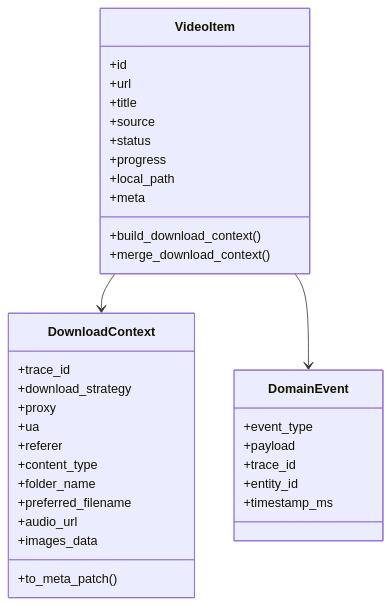
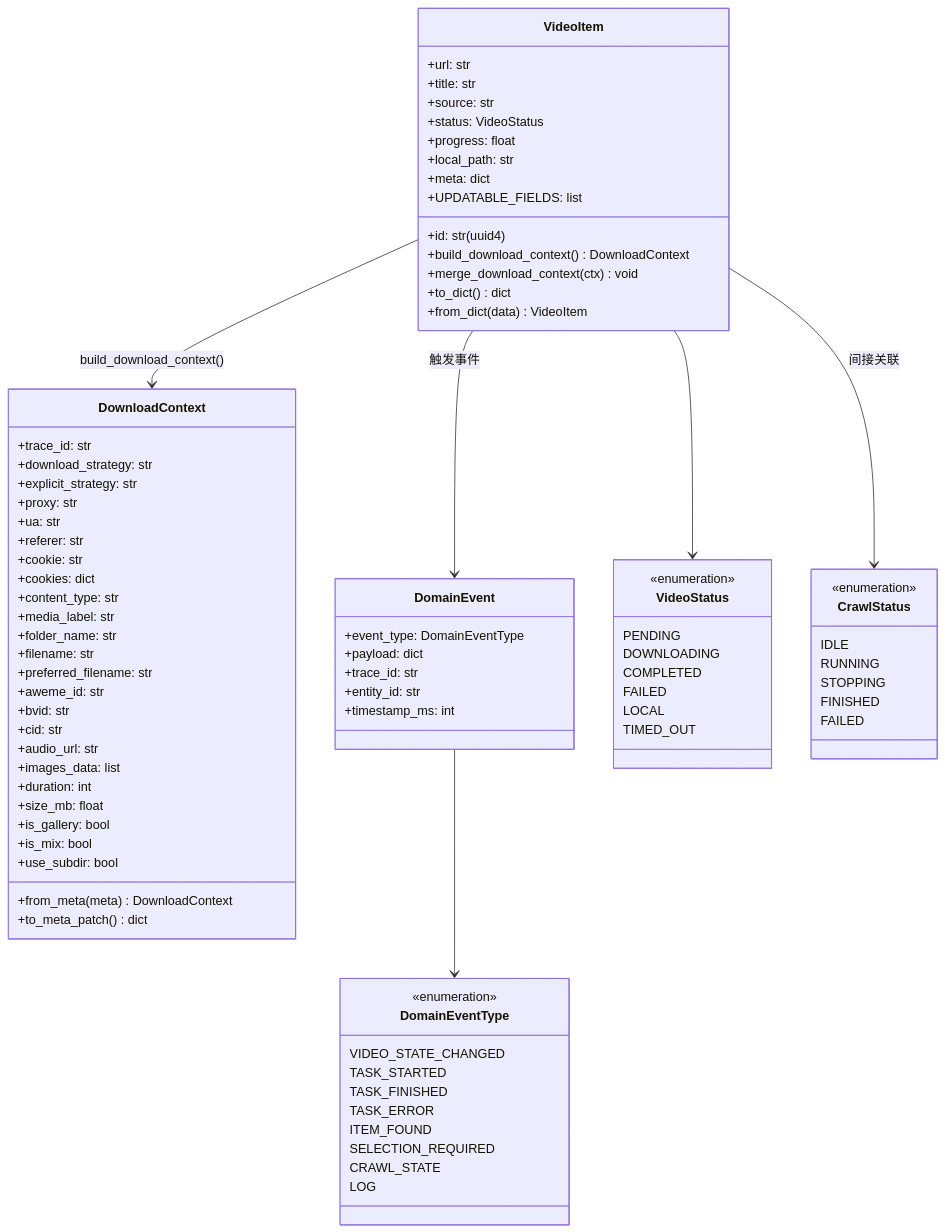
Before and after one commit to haohaizi554/UniversalCrawler: the first of 5 diagrams in mermaid/08-data-models-and-context.md, drawn with Mermaid. The commit also changed other lines of this file and 78 other files, not shown here.

Commit message:
Sync local workspace: packaging adaptation, frontend hardening, and architecture review.

````diff
--- a/mermaid/08-data-models-and-context.md
+++ b/mermaid/08-data-models-and-context.md
@@ -5,40 +5,91 @@
 ```mermaid
 classDiagram
     class VideoItem {
-      +id
-      +url
-      +title
-      +source
-      +status
-      +progress
-      +local_path
-      +meta
-      +build_download_context()
-      +merge_download_context()
+        +id: str (uuid4)
+        +url: str
+        +title: str
+        +source: str
+        +status: VideoStatus
+        +progress: float
+        +local_path: str
+        +meta: dict
+        +UPDATABLE_FIELDS: list
+        +build_download_context() DownloadContext
+        +merge_download_context(ctx) void
+        +to_dict() dict
+        +from_dict(data) VideoItem
     }
 
     class DownloadContext {
-      +trace_id
-      +download_strategy
-      +proxy
-      +ua
-      +referer
-      +content_type
-      +folder_name
-      +preferred_filename
-      +audio_url
-      +images_data
-      +to_meta_patch()
+        +trace_id: str
+        +download_strategy: str
+        +explicit_strategy: str
+        +proxy: str
+        +ua: str
+        +referer: str
+        +cookie: str
+        +cookies: dict
+        +content_type: str
+        +media_label: str
+        +folder_name: str
+        +filename: str
+        +preferred_filename: str
+        +aweme_id: str
+        +bvid: str
+        +cid: str
+        +audio_url: str
+        +images_data: list
+        +duration: int
+        +size_mb: float
+        +is_gallery: bool
+        +is_mix: bool
+        +use_subdir: bool
+        +from_meta(meta) DownloadContext
+        +to_meta_patch() dict
     }
 
     class DomainEvent {
-      +event_type
-      +payload
-      +trace_id
-      +entity_id
-      +timestamp_ms
+        +event_type: DomainEventType
+        +payload: dict
+        +trace_id: str
+        +entity_id: str
+        +timestamp_ms: int
     }
 
-    VideoItem --> DownloadContext
-    VideoItem --> DomainEvent
+    class DomainEventType {
+        <<enumeration>>
+        VIDEO_STATE_CHANGED
+        TASK_STARTED
+        TASK_FINISHED
+        TASK_ERROR
+        ITEM_FOUND
+        SELECTION_REQUIRED
+        CRAWL_STATE
+        LOG
+    }
+
+    class VideoStatus {
+        <<enumeration>>
+        PENDING
+        DOWNLOADING
+        COMPLETED
+        FAILED
+        LOCAL
+        TIMED_OUT
+    }
+
+    class CrawlStatus {
+        <<enumeration>>
+        IDLE
+        RUNNING
+        STOPPING
+        FINISHED
+        FAILED
+    }
+
+    VideoItem --> DownloadContext : build_download_context()
+    VideoItem --> DomainEvent : 触发事件
+    DomainEvent --> DomainEventType
+    VideoItem --> VideoStatus
+    VideoItem --> CrawlStatus : 间接关联
 ```
````
